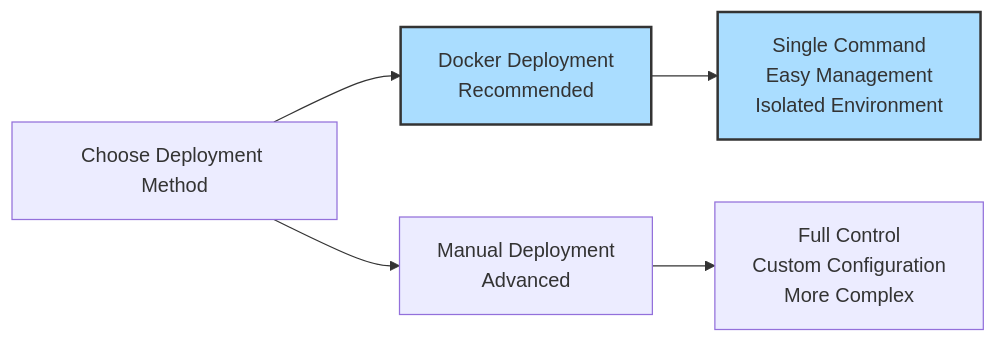
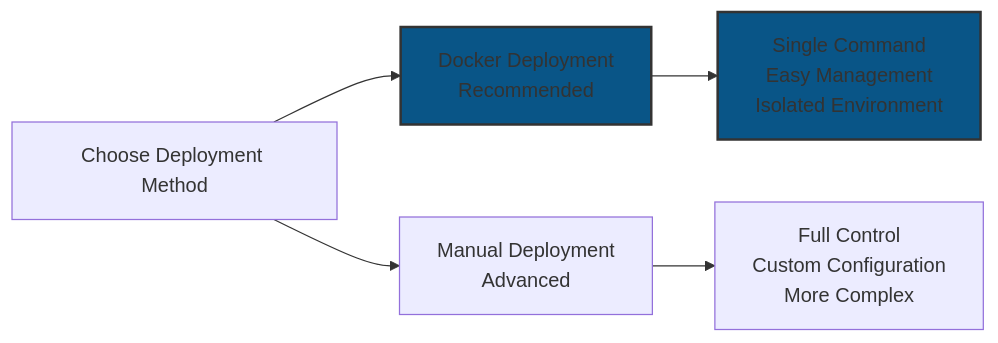
Before and after one commit to dacorisdata/dacoris: the second of 7 diagrams in LINUX_DEPLOYMENT_GUIDE.md, drawn with Mermaid. The commit also changed other lines of this file, not shown here.

Commit message:
Update Mermaid diagram colors for better contrast and readability

````diff
--- a/LINUX_DEPLOYMENT_GUIDE.md
+++ b/LINUX_DEPLOYMENT_GUIDE.md
@@ -136,11 +136,11 @@
 ```mermaid
 graph LR
     A[Choose Deployment Method] --> B[Docker Deployment<br/>Recommended]
     A --> C[Manual Deployment<br/>Advanced]
     
     B --> D[Single Command<br/>Easy Management<br/>Isolated Environment]
     C --> E[Full Control<br/>Custom Configuration<br/>More Complex]
     
-    style B fill:#adf,stroke:#333,stroke-width:2px
-    style D fill:#adf,stroke:#333,stroke-width:2px
+    style B fill:#095587,stroke:#333,stroke-width:2px
+    style D fill:#095587,stroke:#333,stroke-width:2px
 ```
````
